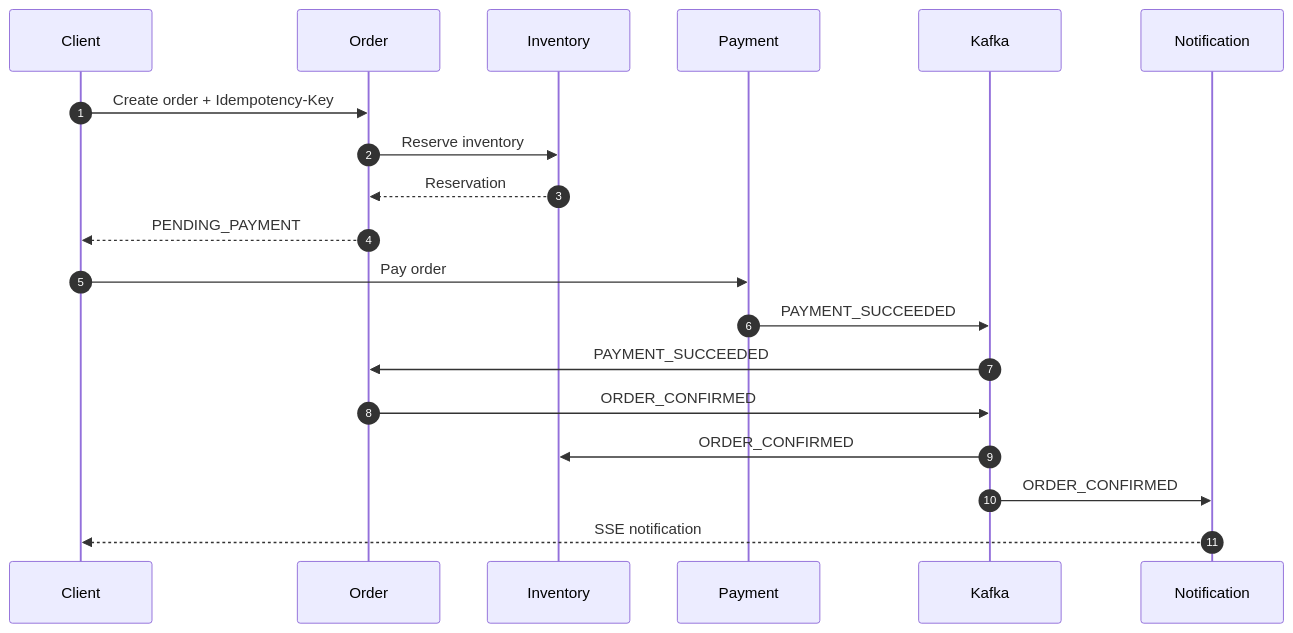
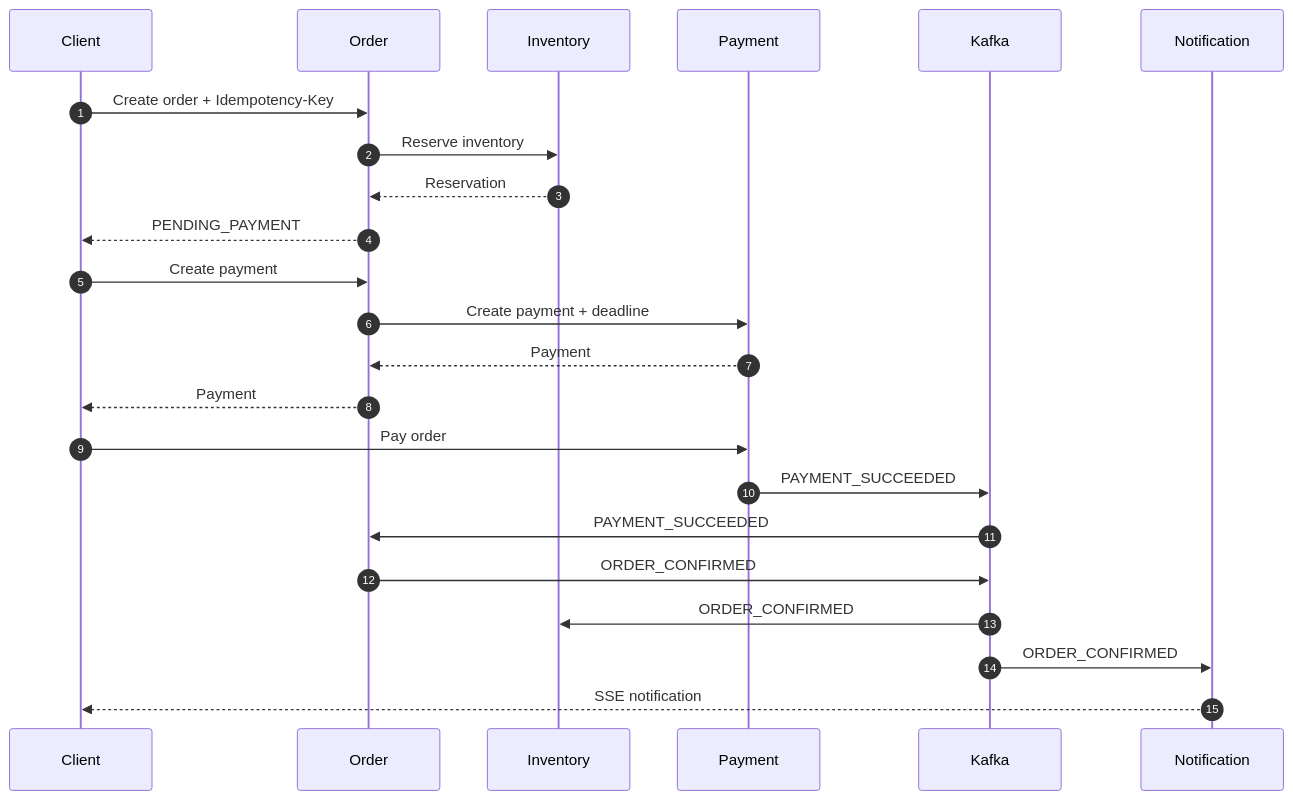
The second of 4 diagrams in README.md (d2mteam/event-driven-ecommerce-microservices), drawn with Mermaid before and after one commit. The commit also changed other lines of this file, not shown here.

Commit message:
docs: document payment deadline propagation and correct README claims against the code

````diff
--- a/README.md
+++ b/README.md
@@ -61,27 +62,32 @@
 ```mermaid
 sequenceDiagram
     autonumber
 
     participant C as Client
     participant O as Order
     participant I as Inventory
     participant P as Payment
     participant K as Kafka
     participant N as Notification
 
     C->>O: Create order + Idempotency-Key
     O->>I: Reserve inventory
     I-->>O: Reservation
     O-->>C: PENDING_PAYMENT
 
+    C->>O: Create payment
+    O->>P: Create payment + deadline
+    P-->>O: Payment
+    O-->>C: Payment
+
     C->>P: Pay order
     P->>K: PAYMENT_SUCCEEDED
 
     K->>O: PAYMENT_SUCCEEDED
     O->>K: ORDER_CONFIRMED
 
     K->>I: ORDER_CONFIRMED
     K->>N: ORDER_CONFIRMED
 
     N-->>C: SSE notification
 ```
````
